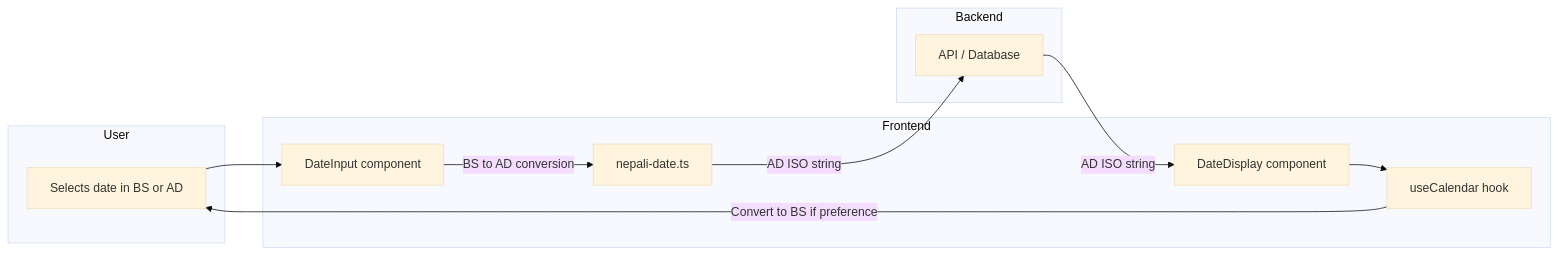
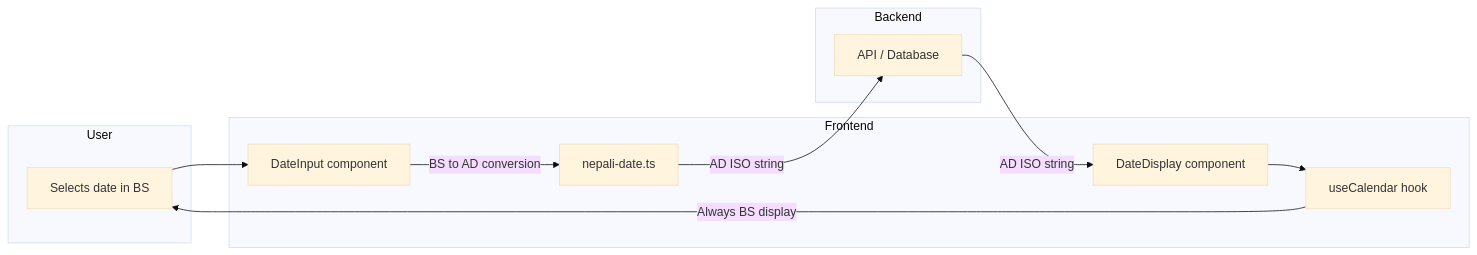
One commit to poultry-solution/Poultry360 changed the diagram in apps/frontend/docs/date.md. Above: the diagram before and after it, drawn with Mermaid (base theme). The commit also changed other lines of this file and 7 other files, not shown here.

````diff
--- a/apps/frontend/docs/date.md
+++ b/apps/frontend/docs/date.md
@@ -24,22 +24,22 @@
 ```mermaid
 flowchart LR
     subgraph user [User]
-        U1[Selects date in BS or AD]
+        U1[Selects date in BS]
     end
     subgraph frontend [Frontend]
         DateInput[DateInput component]
         DateDisplay[DateDisplay component]
         useCalendar[useCalendar hook]
         nepaliDate[nepali-date.ts]
     end
     subgraph backend [Backend]
         API[API / Database]
     end
 
     U1 --> DateInput
     DateInput -->|BS to AD conversion| nepaliDate
     nepaliDate -->|AD ISO string| API
     API -->|AD ISO string| DateDisplay
     DateDisplay --> useCalendar
-    useCalendar -->|Convert to BS if preference| U1
+    useCalendar -->|Always BS display| U1
 ```
````
